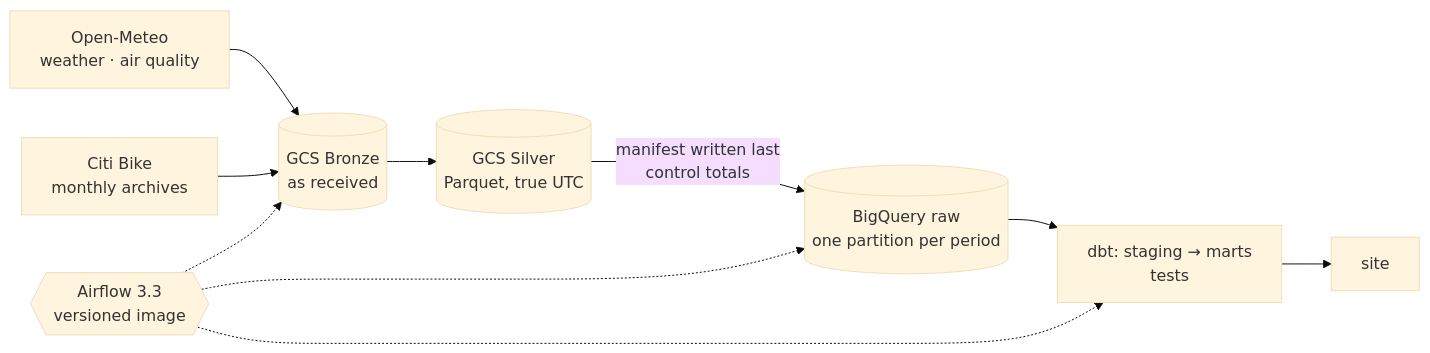
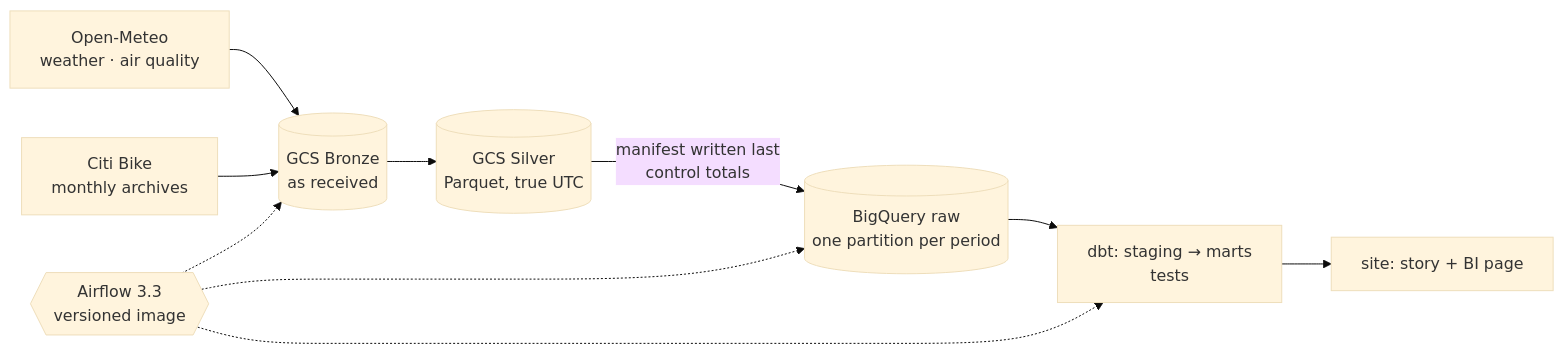
Before and after one commit to TomasRipsky/CityPulse_Analytics: the diagram in README.md, drawn with Mermaid (base theme). The commit also changed other lines of this file and 13 other files, not shown here.

````diff
--- a/README.md
+++ b/README.md
@@ -36,10 +36,10 @@
 ```mermaid
 flowchart LR
   om["Open-Meteo<br/>weather · air quality"] --> bronze[("GCS Bronze<br/>as received")]
   cb["Citi Bike<br/>monthly archives"] --> bronze
   bronze --> silver[("GCS Silver<br/>Parquet, true UTC")]
   silver -->|"manifest written last<br/>control totals"| raw[("BigQuery raw<br/>one partition per period")]
   raw --> dbt["dbt: staging → marts<br/>tests"]
-  dbt --> site["site"]
+  dbt --> site["site: story + BI page"]
   af{{"Airflow 3.3<br/>versioned image"}} -.-> bronze & raw & dbt
 ```
````
